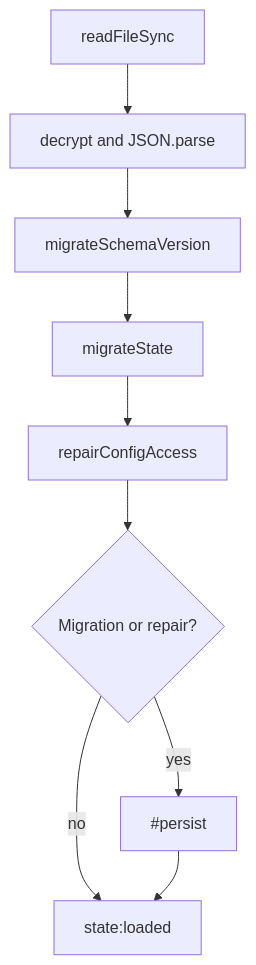
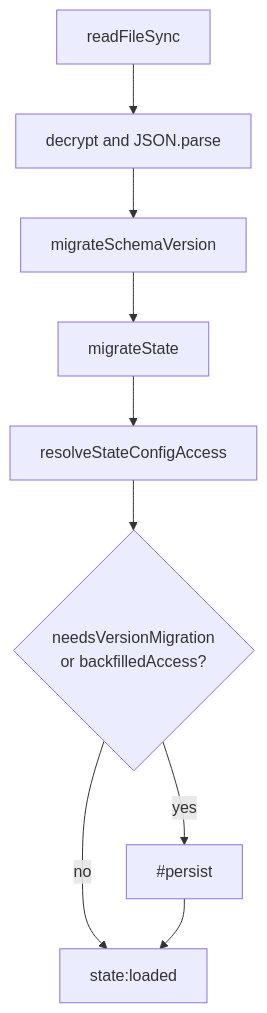
One commit to noormdev/noorm changed the fourth of 6 diagrams in docs/wiki/core-state.md. Above: the diagram before and after it, drawn with Mermaid. The commit also changed other lines of this file and 349 other files, not shown here.

````diff
--- a/docs/wiki/core-state.md
+++ b/docs/wiki/core-state.md
@@ -135,12 +145,12 @@
 ```mermaid
 flowchart TD
     %% source: src/core/state/manager.ts, src/core/state/migrations.ts
     A["readFileSync"] --> B["decrypt and JSON.parse"]
     B --> C["migrateSchemaVersion"]
     C --> D["migrateState"]
-    D --> E["repairConfigAccess"]
-    E --> F{"Migration or repair?"}
+    D --> E["resolveStateConfigAccess"]
+    E --> F{"needsVersionMigration<br/>or backfilledAccess?"}
     F -->|yes| G["#persist"]
     F -->|no| H["state:loaded"]
     G --> H
 ```
````
